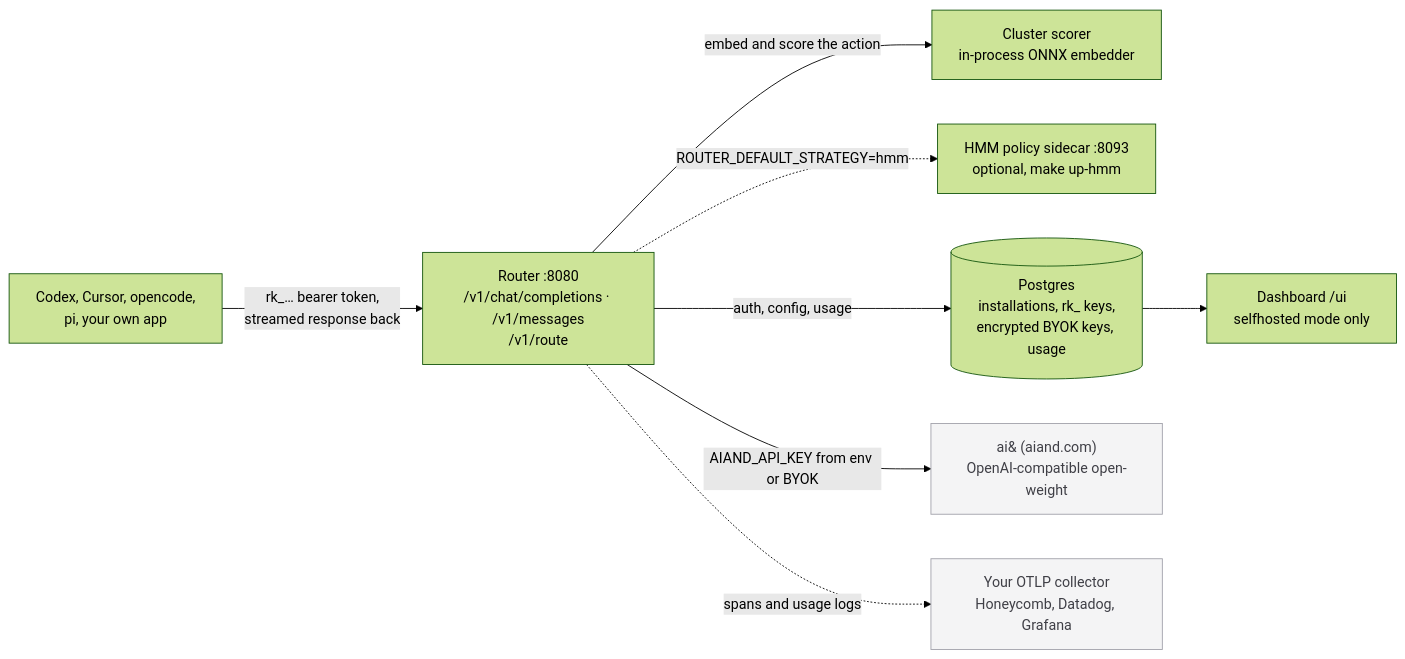
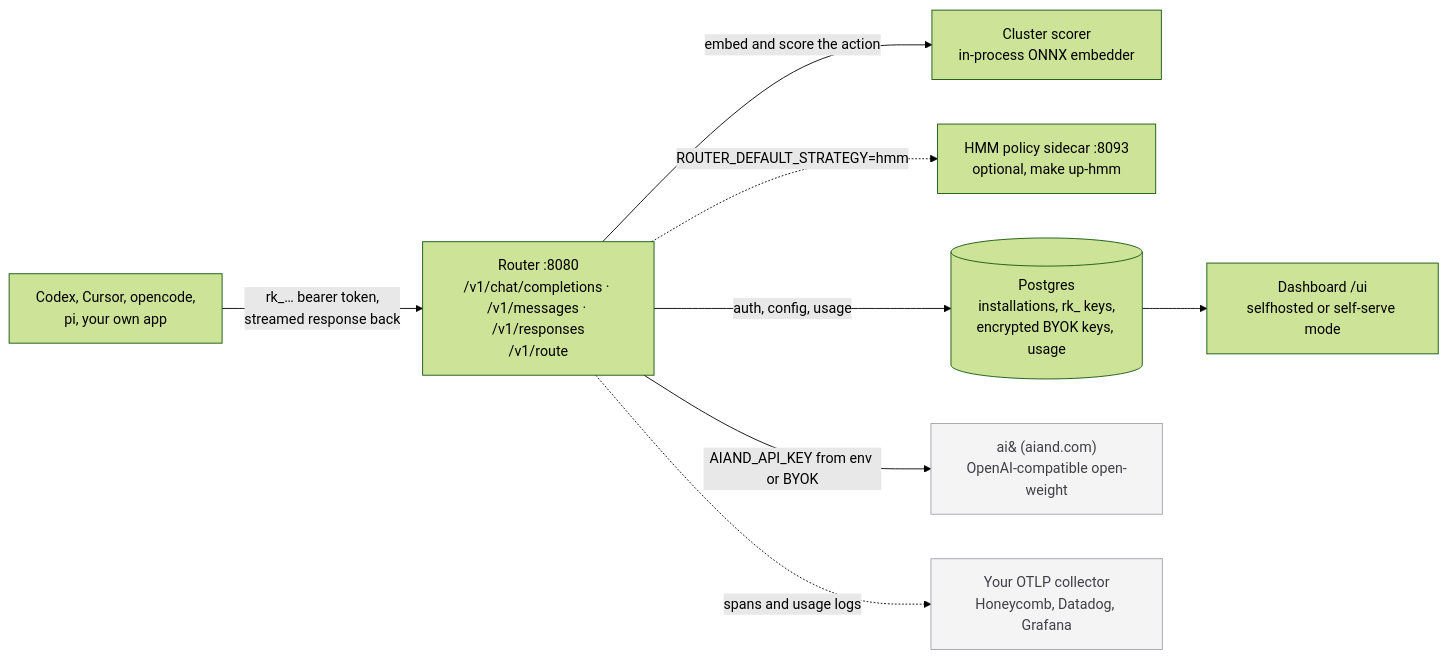
One commit to fenilmodi00/copy-router changed the diagram in README.md. Above: the diagram before and after it, drawn with Mermaid (forest theme). The commit also changed other lines of this file and 44 other files, not shown here.

````diff
--- a/README.md
+++ b/README.md
@@ -157,22 +225,22 @@
 ```mermaid
 flowchart LR
     client["Codex, Cursor, opencode,<br/>pi, your own app"]
-    router["Router :8080<br/>/v1/chat/completions · /v1/messages<br/>/v1/route"]
+    router["Router :8080<br/>/v1/chat/completions · /v1/messages · /v1/responses<br/>/v1/route"]
     scorer["Cluster scorer<br/>in-process ONNX embedder"]
     hmm["HMM policy sidecar :8093<br/>optional, make up-hmm"]
     pg[("Postgres<br/>installations, rk_ keys,<br/>encrypted BYOK keys, usage")]
-    ui["Dashboard /ui<br/>selfhosted mode only"]
+    ui["Dashboard /ui<br/>selfhosted or self-serve mode"]
     providers["ai& (aiand.com)<br/>OpenAI-compatible open-weight"]
     otel["Your OTLP collector<br/>Honeycomb, Datadog, Grafana"]
 
     client -->|"rk_… bearer token,<br/>streamed response back"| router
     router -->|"embed and score the action"| scorer
     router -.->|"ROUTER_DEFAULT_STRATEGY=hmm"| hmm
     router -->|"auth, config, usage"| pg
     pg --> ui
     router -->|"AIAND_API_KEY from env or BYOK"| providers
     router -.->|"spans and usage logs"| otel
 
     classDef external fill:#f4f4f5,stroke:#a1a1aa,color:#3f3f46
     class providers,otel external
 ```
````
